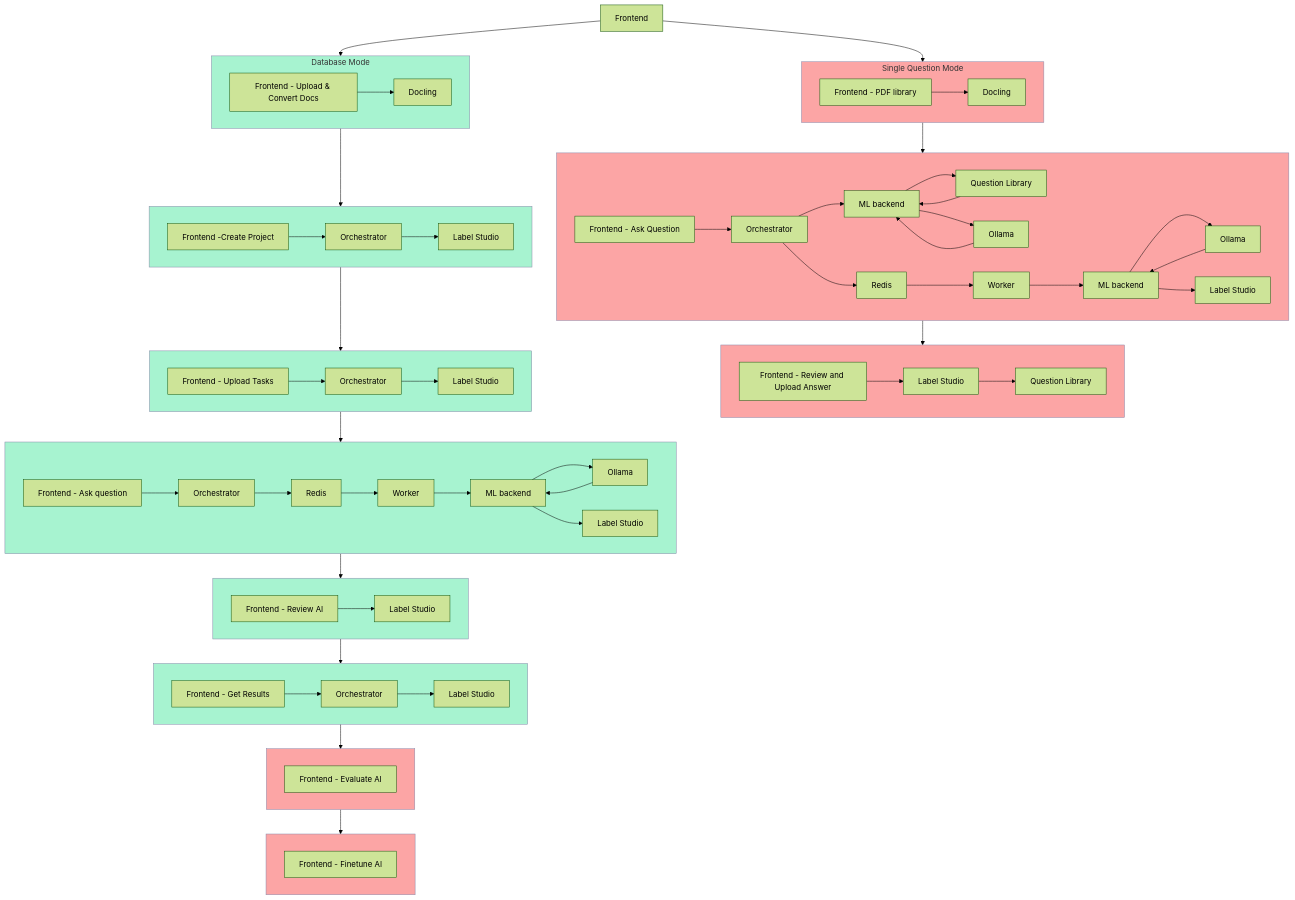
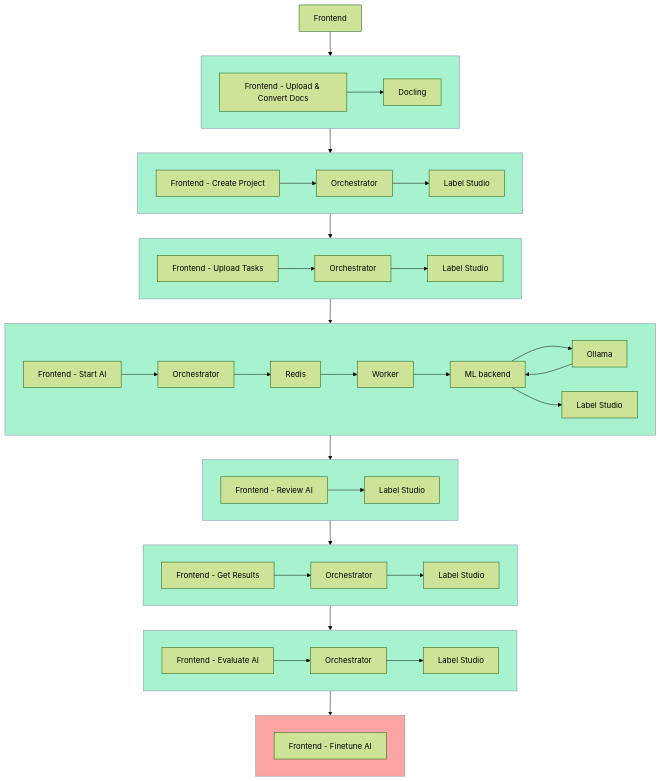
Before and after one commit to Xtractyl/Xtractyl: the diagram in README.md, drawn with Mermaid (forest theme). The commit also changed other lines of this file and 8 other files, not shown here.

Commit message:
XC-119: Remove single question mode

````diff
--- a/README.md
+++ b/README.md
@@ -29,76 +29,33 @@
 T[Frontend]
 
 %% ====== ROW 1 ======
-subgraph Z["Single Question Mode"]
-direction LR
- A1[Frontend - PDF library] --> B1[Docling]
-end
-
-subgraph ZA["Database Mode"]
+subgraph ZA[" "]
 direction LR
  A1A[Frontend - Upload & Convert Docs] --> B1A[Docling]
 end
 
-T --> Z
 T --> ZA
 
 %% ====== ROW 2 ======
-subgraph Z2[" "]
+subgraph ZA2[" "]
 direction LR
- A2[Frontend - Ask Question]
- B2[Orchestrator]
- C2[ML backend] 
- D2[Question Library]
- E2[Ollama]
- F2[Redis] 
- G2[Worker] 
- H2[ML backend] 
- I2[Ollama]
- J2[Label Studio]
+ A2A[Frontend - Create Project] --> B2A[Orchestrator] --> C2A[Label Studio]
 end
 
-
-%% same node connecting to multiple targets
-A2 --> B2
-B2 --> C2
-C2 --> D2
-D2 --> C2
-C2 --> E2
-E2 --> C2
-B2 --> F2
-F2 --> G2
-G2 --> H2
-H2 --> I2
-I2 --> H2
-H2 --> J2
-
-subgraph ZA2[" "]
-direction LR
- A2A[Frontend -Create Project] --> B2A[Orchestrator] --> C2A[Label Studio]
-end
-
-Z --> Z2
 ZA --> ZA2
 
 %% ====== ROW 3 ======
-subgraph Z3[" "]
-direction LR
- A3[Frontend - Review and Upload Answer] --> B3[Label Studio] --> C3[Question Library] 
-end
-
 subgraph ZA3[" "]
 direction LR
  A3A[Frontend - Upload Tasks] --> B3A[Orchestrator] --> C3A[Label Studio]
 end
 
-%% ====== CONNECTIONS BETWEEN ROWS ======
-Z2 --> Z3
 ZA2 --> ZA3
 
 %% ====== ROW 4 ======
 subgraph ZA4[" "]
 direction LR
- A4A[Frontend - Ask question]
+ A4A[Frontend - Start AI]
  B4A[Orchestrator]
  C4A[Redis] 
  D4A[Worker] 
@@ -107,8 +64,6 @@
  G4A[Label Studio]
 end
 
-
-%% same node connecting to multiple targets
 A4A --> B4A
 B4A --> C4A
 C4A --> D4A
@@ -117,7 +72,6 @@
 F4A --> E4A
 E4A --> G4A
 
-%% ====== CONNECTIONS BETWEEN ROWS ======
 ZA3 --> ZA4
 
 %% ====== ROW 5 ======
@@ -126,7 +80,6 @@
  A5A[Frontend - Review AI] --> B5A[Label Studio]
 end
 
-%% ====== CONNECTIONS BETWEEN ROWS ======
 ZA4 --> ZA5
 
 %% ====== ROW 6 ======
@@ -135,18 +88,15 @@
  A6[Frontend - Get Results] --> B6A[Orchestrator] --> C6A[Label Studio]
 end
 
-%% ====== CONNECTIONS BETWEEN ROWS ======
 ZA5 --> ZA6
 
 %% ====== ROW 7 ======
 subgraph ZA7[" "]
 direction LR
- A7[Frontend - Evaluate AI] 
+ A7[Frontend - Evaluate AI] --> B7A[Orchestrator] --> C7A[Label Studio] 
 end
 
-%% ====== CONNECTIONS BETWEEN ROWS ======
 ZA6 --> ZA7
-
 
 %% ====== ROW 8 ======
 subgraph ZA8[" "]
@@ -154,21 +104,15 @@
  A8[Frontend - Finetune AI] 
 end
 
-%% ====== CONNECTIONS BETWEEN ROWS ======
 ZA7 --> ZA8
 
-%% change the subgraph background color green
+%% ====== STYLING ======
 style ZA fill:#A7F3D0,stroke:#88a,stroke-width:1px;
 style ZA2 fill:#A7F3D0,stroke:#88a,stroke-width:1px;
 style ZA3 fill:#A7F3D0,stroke:#88a,stroke-width:1px;
 style ZA4 fill:#A7F3D0,stroke:#88a,stroke-width:1px;
 style ZA5 fill:#A7F3D0,stroke:#88a,stroke-width:1px;
 style ZA6 fill:#A7F3D0,stroke:#88a,stroke-width:1px;
-style ZA7 fill:#FCA5A5,stroke:#88a,stroke-width:1px;
+style ZA7 fill:#A7F3D0,stroke:#88a,stroke-width:1px;
 style ZA8 fill:#FCA5A5,stroke:#88a,stroke-width:1px;
-
-%% change the subgraph background color red
-style Z fill:#FCA5A5,stroke:#88a,stroke-width:1px;
-style Z2 fill:#FCA5A5,stroke:#88a,stroke-width:1px;
-style Z3 fill:#FCA5A5,stroke:#88a,stroke-width:1px;
   ```
````
